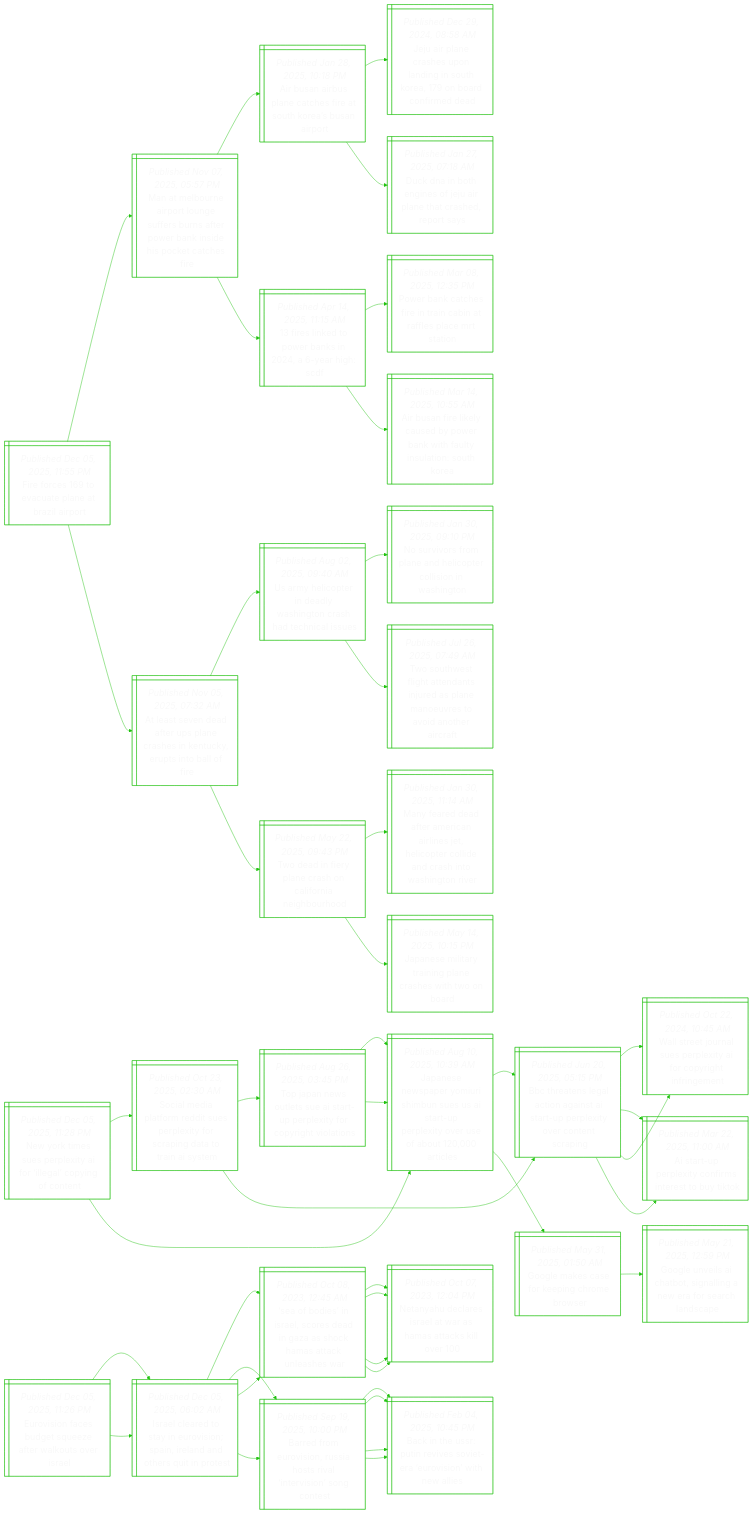
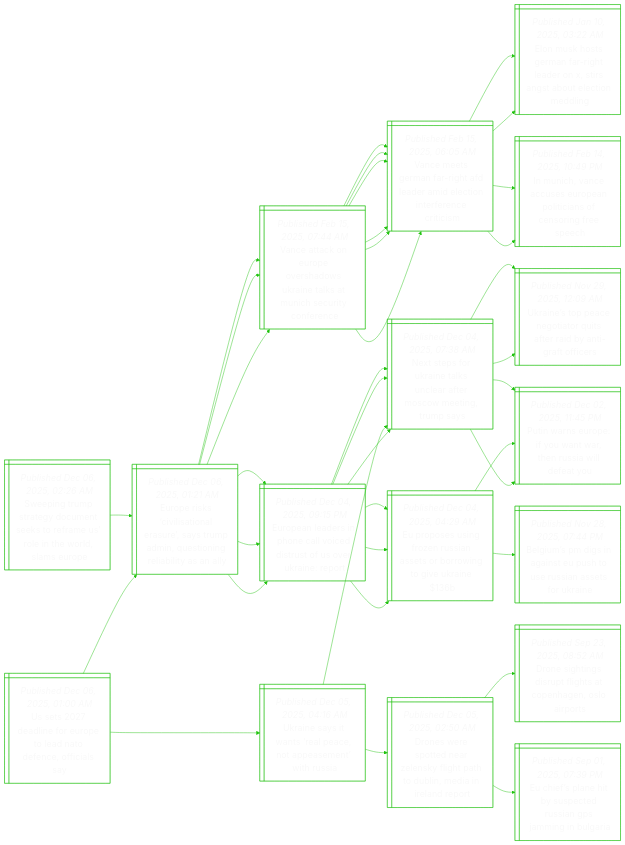
One commit to notJmes/notJmes changed the diagram in README.md. Above: the diagram before and after it, drawn with Mermaid. The commit also changed other lines of this file, not shown here.

````diff
--- a/README.md
+++ b/README.md
@@ -16,139 +16,121 @@
 flowchart LR
 classDef txtsize font-size:20px;
 
-Fotcpazr@{ shape: win-pane, label: "_Published Dec 05, 2025, 11:55 PM_
-Fire forces 169 to evacuate plane at brazil airport" }
-MMuitgfufoasiktf@{ shape: win-pane, label: "_Published Nov 07, 2025, 05:57 PM_
-Man at melbourne airport lounge suffers burns after power bank inside his pocket catches fire" }
-Asrlasatesr@{ shape: win-pane, label: "_Published Jan 28, 2025, 10:18 PM_
-Air busan airbus plane catches fire at south korea’s busan airport" }
-Jinspniteooma@{ shape: win-pane, label: "_Published Dec 29, 2024, 08:58 AM_
-Jeju air plane crashes upon landing in south korea, 179 on board confirmed dead" }
-DNogoulhart@{ shape: win-pane, label: "_Published Jan 27, 2025, 07:18 AM_
-Duck dna in both engines of jeju air plane that crashed, report says" }
-fldwnahC@{ shape: win-pane, label: "_Published Apr 14, 2025, 11:15 AM_
-13 fires linked to power banks in 2024, a 6-year high: scdf" }
-Pbasiiiasetn@{ shape: win-pane, label: "_Published Mar 08, 2025, 12:35 PM_
-Power bank catches fire in train cabin at raffles place mrt station" }
-AsreuyrwaiaSK@{ shape: win-pane, label: "_Published Mar 14, 2025, 10:55 AM_
-Air busan fire likely caused by power bank with faulty insulation: south korea" }
-Asedrlrsnytooe@{ shape: win-pane, label: "_Published Nov 05, 2025, 07:32 AM_
-At least seven dead after ups plane crashes in kentucky, erupts into ball of fire" }
-Uycraagrahle@{ shape: win-pane, label: "_Published Aug 02, 2025, 09:40 AM_
-Us army helicopter in deadly washington crash had technical issues" }
-Nvspaltloag@{ shape: win-pane, label: "_Published Jan 30, 2025, 09:10 PM_
-No survivors from plane and helicopter collision in washington" }
-Tusgtnjanoevnrr@{ shape: win-pane, label: "_Published Jul 26, 2025, 07:49 AM_
-Two southwest flight attendants injured as plane manoeuvres to avoid another aircraft" }
-Tailrnfahh@{ shape: win-pane, label: "_Published May 22, 2025, 09:43 PM_
-Two dead in fiery plane crash on california neighbourhood" }
-Medfmaljltlaathoe@{ shape: win-pane, label: "_Published Jan 30, 2025, 11:14 AM_
-Many feared dead after american airlines jet, helicopter collide and crash into washington river" }
-Jelynlrstb@{ shape: win-pane, label: "_Published May 14, 2025, 10:15 PM_
-Japanese military training plane crashes with two on board" }
+Siurymeoarnolu@{ shape: win-pane, label: "_Published Dec 06, 2025, 02:26 AM_
+Sweeping trump strategy document seeks to reframe us’ role in the world, slams europe" }
+Eeslierspntniiay@{ shape: win-pane, label: "_Published Dec 06, 2025, 01:21 AM_
+Europe risks ‘civilisational erasure’, says trump admin, questioning reliability as an ally" }
+VakrvaUnkusinn@{ shape: win-pane, label: "_Published Feb 15, 2025, 07:44 AM_
+Vance attack on europe overshadows ukraine talks at munich security conference" }
+VmGnifdicifctm@{ shape: win-pane, label: "_Published Feb 15, 2025, 06:05 AM_
+Vance meets german far-right afd leader amid election interference criticism" }
+VmGnifdicifctm@{ shape: win-pane, label: "_Published Feb 15, 2025, 06:05 AM_
+Vance meets german far-right afd leader amid election interference criticism" }
+EeainletovrRt@{ shape: win-pane, label: "_Published Dec 04, 2025, 09:15 PM_
+European leaders in phone call voiced distrust of us over ukraine: report" }
+Ntoaanrrotra@{ shape: win-pane, label: "_Published Dec 04, 2025, 07:38 AM_
+Next steps for ukraine talks unclear after moscow meeting, trump says" }
+Epufnisrotei@{ shape: win-pane, label: "_Published Dec 04, 2025, 04:29 AM_
+Eu proposes using frozen russian assets or borrowing to give ukraine $136b" }
 
-Fotcpazr:::txtsize --> MMuitgfufoasiktf:::txtsize
-MMuitgfufoasiktf:::txtsize --> Asrlasatesr:::txtsize
-Asrlasatesr:::txtsize --> Jinspniteooma:::txtsize
-Asrlasatesr:::txtsize --> DNogoulhart:::txtsize
-MMuitgfufoasiktf:::txtsize --> fldwnahC:::txtsize
-fldwnahC:::txtsize --> Pbasiiiasetn:::txtsize
-fldwnahC:::txtsize --> AsreuyrwaiaSK:::txtsize
-Fotcpazr:::txtsize --> Asedrlrsnytooe:::txtsize
-Asedrlrsnytooe:::txtsize --> Uycraagrahle:::txtsize
-Uycraagrahle:::txtsize --> Nvspaltloag:::txtsize
-Uycraagrahle:::txtsize --> Tusgtnjanoevnrr:::txtsize
-Asedrlrsnytooe:::txtsize --> Tailrnfahh:::txtsize
-Tailrnfahh:::txtsize --> Medfmaljltlaathoe:::txtsize
-Tailrnfahh:::txtsize --> Jelynlrstb:::txtsize
+Siurymeoarnolu:::txtsize --> Eeslierspntniiay:::txtsize
+Eeslierspntniiay:::txtsize --> VakrvaUnkusinn:::txtsize
+VakrvaUnkusinn:::txtsize --> VmGnifdicifctm:::txtsize
+VakrvaUnkusinn:::txtsize --> VmGnifdicifctm:::txtsize
+Eeslierspntniiay:::txtsize --> EeainletovrRt:::txtsize
+EeainletovrRt:::txtsize --> Ntoaanrrotra:::txtsize
+EeainletovrRt:::txtsize --> Epufnisrotei:::txtsize
 
-Nreslyrgpot@{ shape: win-pane, label: "_Published Dec 05, 2025, 11:28 PM_
-New york times sues perplexity ai for ‘illegal’ copying of content" }
-Slafesexoadons@{ shape: win-pane, label: "_Published Oct 23, 2025, 02:30 AM_
-Social media platform reddit sues perplexity for scraping data to train ai system" }
-Tpwlutplyogoo@{ shape: win-pane, label: "_Published Aug 26, 2025, 03:45 PM_
-Top japan news outlets sue ai start-up perplexity for copyright violations" }
-JeweihnUtplyuaal@{ shape: win-pane, label: "_Published Aug 10, 2025, 10:39 AM_
-Japanese newspaper yomiuri shimbun sues us ai start-up perplexity over use of about 120,000 articles" }
-JeweihnUtplyuaal@{ shape: win-pane, label: "_Published Aug 10, 2025, 10:39 AM_
-Japanese newspaper yomiuri shimbun sues us ai start-up perplexity over use of about 120,000 articles" }
-BrnaiaArexvnsi@{ shape: win-pane, label: "_Published Jun 20, 2025, 05:15 PM_
-Bbc threatens legal action against ai start-up perplexity over content scraping" }
-WtJaslyrrinn@{ shape: win-pane, label: "_Published Oct 22, 2024, 10:45 AM_
-Wall street journal sues perplexity ai for copyright infringement" }
-ArexometTk@{ shape: win-pane, label: "_Published Mar 22, 2025, 11:00 AM_
-Ai start-up perplexity confirms interest to buy tiktok" }
-JeweihnUtplyuaal@{ shape: win-pane, label: "_Published Aug 10, 2025, 10:39 AM_
-Japanese newspaper yomiuri shimbun sues us ai start-up perplexity over use of about 120,000 articles" }
-BrnaiaArexvnsi@{ shape: win-pane, label: "_Published Jun 20, 2025, 05:15 PM_
-Bbc threatens legal action against ai start-up perplexity over content scraping" }
-WtJaslyrrinn@{ shape: win-pane, label: "_Published Oct 22, 2024, 10:45 AM_
-Wall street journal sues perplexity ai for copyright infringement" }
-ArexometTk@{ shape: win-pane, label: "_Published Mar 22, 2025, 11:00 AM_
-Ai start-up perplexity confirms interest to buy tiktok" }
-GesfeCes@{ shape: win-pane, label: "_Published May 31, 2025, 01:50 AM_
-Google makes case for keeping chrome browser" }
-Geiconnwornp@{ shape: win-pane, label: "_Published May 21, 2025, 12:59 PM_
-Google unveils ai chatbot, signalling a new era for search landscape" }
+Eeslierspntniiay@{ shape: win-pane, label: "_Published Dec 06, 2025, 01:21 AM_
+Europe risks ‘civilisational erasure’, says trump admin, questioning reliability as an ally" }
+VakrvaUnkusinn@{ shape: win-pane, label: "_Published Feb 15, 2025, 07:44 AM_
+Vance attack on europe overshadows ukraine talks at munich security conference" }
+VmGnifdicifctm@{ shape: win-pane, label: "_Published Feb 15, 2025, 06:05 AM_
+Vance meets german far-right afd leader amid election interference criticism" }
+EusrahdXsttten@{ shape: win-pane, label: "_Published Jan 10, 2025, 03:22 AM_
+Elon musk hosts german far-right leader on x, stirs angst about election meddling" }
+IincEelifofp@{ shape: win-pane, label: "_Published Feb 14, 2025, 10:49 PM_
+In munich, vance accuses european politicians of censoring free speech" }
+VmGnifdicifctm@{ shape: win-pane, label: "_Published Feb 15, 2025, 06:05 AM_
+Vance meets german far-right afd leader amid election interference criticism" }
+EusrahdXsttten@{ shape: win-pane, label: "_Published Jan 10, 2025, 03:22 AM_
+Elon musk hosts german far-right leader on x, stirs angst about election meddling" }
+IincEelifofp@{ shape: win-pane, label: "_Published Feb 14, 2025, 10:49 PM_
+In munich, vance accuses european politicians of censoring free speech" }
+EeainletovrRt@{ shape: win-pane, label: "_Published Dec 04, 2025, 09:15 PM_
+European leaders in phone call voiced distrust of us over ukraine: report" }
+Ntoaanrrotra@{ shape: win-pane, label: "_Published Dec 04, 2025, 07:38 AM_
+Next steps for ukraine talks unclear after moscow meeting, trump says" }
+Unpetrsrbitc@{ shape: win-pane, label: "_Published Nov 29, 2025, 12:09 AM_
+Ukraine’s top peace negotiator quits after raid by anti-graft officers" }
+PwEeuwesleu@{ shape: win-pane, label: "_Published Dec 02, 2025, 11:45 PM_
+Putin warns europe: if you want war, then russia will defeat you" }
+Epufnisrotei@{ shape: win-pane, label: "_Published Dec 04, 2025, 04:29 AM_
+Eu proposes using frozen russian assets or borrowing to give ukraine $136b" }
+BudnnpountUn@{ shape: win-pane, label: "_Published Nov 28, 2025, 07:44 PM_
+Belgium’s pm digs in against eu push to use russian assets for ukraine" }
+PwEeuwesleu@{ shape: win-pane, label: "_Published Dec 02, 2025, 11:45 PM_
+Putin warns europe: if you want war, then russia will defeat you" }
 
-Nreslyrgpot:::txtsize --> Slafesexoadons:::txtsize
-Slafesexoadons:::txtsize --> Tpwlutplyogoo:::txtsize
-Tpwlutplyogoo:::txtsize --> JeweihnUtplyuaal:::txtsize
-Tpwlutplyogoo:::txtsize --> JeweihnUtplyuaal:::txtsize
-Slafesexoadons:::txtsize --> BrnaiaArexvnsi:::txtsize
-BrnaiaArexvnsi:::txtsize --> WtJaslyrrinn:::txtsize
-BrnaiaArexvnsi:::txtsize --> ArexometTk:::txtsize
-Nreslyrgpot:::txtsize --> JeweihnUtplyuaal:::txtsize
-JeweihnUtplyuaal:::txtsize --> BrnaiaArexvnsi:::txtsize
-BrnaiaArexvnsi:::txtsize --> WtJaslyrrinn:::txtsize
-BrnaiaArexvnsi:::txtsize --> ArexometTk:::txtsize
-JeweihnUtplyuaal:::txtsize --> GesfeCes:::txtsize
-GesfeCes:::txtsize --> Geiconnwornp:::txtsize
+Eeslierspntniiay:::txtsize --> VakrvaUnkusinn:::txtsize
+VakrvaUnkusinn:::txtsize --> VmGnifdicifctm:::txtsize
+VmGnifdicifctm:::txtsize --> EusrahdXsttten:::txtsize
+VmGnifdicifctm:::txtsize --> IincEelifofp:::txtsize
+VakrvaUnkusinn:::txtsize --> VmGnifdicifctm:::txtsize
+VmGnifdicifctm:::txtsize --> EusrahdXsttten:::txtsize
+VmGnifdicifctm:::txtsize --> IincEelifofp:::txtsize
+Eeslierspntniiay:::txtsize --> EeainletovrRt:::txtsize
+EeainletovrRt:::txtsize --> Ntoaanrrotra:::txtsize
+Ntoaanrrotra:::txtsize --> Unpetrsrbitc:::txtsize
+Ntoaanrrotra:::txtsize --> PwEeuwesleu:::txtsize
+EeainletovrRt:::txtsize --> Epufnisrotei:::txtsize
+Epufnisrotei:::txtsize --> BudnnpountUn:::txtsize
+Epufnisrotei:::txtsize --> PwEeuwesleu:::txtsize
 
-EifbtetlsIl@{ shape: win-pane, label: "_Published Dec 05, 2025, 11:26 PM_
-Eurovision faces budget squeeze after walkouts over israel" }
-Ilrsnvnnadrto@{ shape: win-pane, label: "_Published Dec 05, 2025, 06:02 AM_
-Israel cleared to stay in eurovision; spain, ireland and others quit in protest" }
-Sbsrcdnacaale@{ shape: win-pane, label: "_Published Oct 08, 2023, 12:45 AM_
-‘sea of bodies’ in israel, scores dead in gaza as shock hamas attack unleashes war" }
-NyeeawHakl@{ shape: win-pane, label: "_Published Oct 07, 2023, 12:04 PM_
-Netanyahu declares israel at war as hamas attacks kill over 100" }
-NyeeawHakl@{ shape: win-pane, label: "_Published Oct 07, 2023, 12:04 PM_
-Netanyahu declares israel at war as hamas attacks kill over 100" }
-BdEiRaslroge@{ shape: win-pane, label: "_Published Sep 19, 2025, 10:00 PM_
-Barred from eurovision, russia hosts rival ‘intervision’ song contest" }
-BnStvStusiwe@{ shape: win-pane, label: "_Published Feb 04, 2025, 10:45 PM_
-Back in the ussr: putin revives soviet-era ‘eurovision’ with new allies" }
-BnStvStusiwe@{ shape: win-pane, label: "_Published Feb 04, 2025, 10:45 PM_
-Back in the ussr: putin revives soviet-era ‘eurovision’ with new allies" }
-Ilrsnvnnadrto@{ shape: win-pane, label: "_Published Dec 05, 2025, 06:02 AM_
-Israel cleared to stay in eurovision; spain, ireland and others quit in protest" }
-Sbsrcdnacaale@{ shape: win-pane, label: "_Published Oct 08, 2023, 12:45 AM_
-‘sea of bodies’ in israel, scores dead in gaza as shock hamas attack unleashes war" }
-NyeeawHakl@{ shape: win-pane, label: "_Published Oct 07, 2023, 12:04 PM_
-Netanyahu declares israel at war as hamas attacks kill over 100" }
-NyeeawHakl@{ shape: win-pane, label: "_Published Oct 07, 2023, 12:04 PM_
-Netanyahu declares israel at war as hamas attacks kill over 100" }
-BdEiRaslroge@{ shape: win-pane, label: "_Published Sep 19, 2025, 10:00 PM_
-Barred from eurovision, russia hosts rival ‘intervision’ song contest" }
-BnStvStusiwe@{ shape: win-pane, label: "_Published Feb 04, 2025, 10:45 PM_
-Back in the ussr: putin revives soviet-era ‘eurovision’ with new allies" }
-BnStvStusiwe@{ shape: win-pane, label: "_Published Feb 04, 2025, 10:45 PM_
-Back in the ussr: putin revives soviet-era ‘eurovision’ with new allies" }
+UsloolAfoia@{ shape: win-pane, label: "_Published Dec 06, 2025, 01:00 AM_
+Us sets 2027 deadline for europe to lead nato defence, officials say" }
+UnsnacastRa@{ shape: win-pane, label: "_Published Dec 05, 2025, 04:16 AM_
+Ukraine says it wants ‘real peace, not appeasement’ with russia" }
+Ntoaanrrotra@{ shape: win-pane, label: "_Published Dec 04, 2025, 07:38 AM_
+Next steps for ukraine talks unclear after moscow meeting, trump says" }
+Unpetrsrbitc@{ shape: win-pane, label: "_Published Nov 29, 2025, 12:09 AM_
+Ukraine’s top peace negotiator quits after raid by anti-graft officers" }
+PwEeuwesleu@{ shape: win-pane, label: "_Published Dec 02, 2025, 11:45 PM_
+Putin warns europe: if you want war, then russia will defeat you" }
+Dssernlpoiirdr@{ shape: win-pane, label: "_Published Dec 05, 2025, 02:50 AM_
+Drones were spotted near zelensky flight path to dublin, media in ireland report" }
+DsiithChOit@{ shape: win-pane, label: "_Published Sep 23, 2025, 08:52 AM_
+Drone sightings disrupt flights at copenhagen, oslo airports" }
+EeatsesPmna@{ shape: win-pane, label: "_Published Sep 01, 2025, 07:39 PM_
+Eu chief’s plane hit by suspected russian gps jamming in bulgaria" }
+Eeslierspntniiay@{ shape: win-pane, label: "_Published Dec 06, 2025, 01:21 AM_
+Europe risks ‘civilisational erasure’, says trump admin, questioning reliability as an ally" }
+VakrvaUnkusinn@{ shape: win-pane, label: "_Published Feb 15, 2025, 07:44 AM_
+Vance attack on europe overshadows ukraine talks at munich security conference" }
+VmGnifdicifctm@{ shape: win-pane, label: "_Published Feb 15, 2025, 06:05 AM_
+Vance meets german far-right afd leader amid election interference criticism" }
+VmGnifdicifctm@{ shape: win-pane, label: "_Published Feb 15, 2025, 06:05 AM_
+Vance meets german far-right afd leader amid election interference criticism" }
+EeainletovrRt@{ shape: win-pane, label: "_Published Dec 04, 2025, 09:15 PM_
+European leaders in phone call voiced distrust of us over ukraine: report" }
+Ntoaanrrotra@{ shape: win-pane, label: "_Published Dec 04, 2025, 07:38 AM_
+Next steps for ukraine talks unclear after moscow meeting, trump says" }
+Epufnisrotei@{ shape: win-pane, label: "_Published Dec 04, 2025, 04:29 AM_
+Eu proposes using frozen russian assets or borrowing to give ukraine $136b" }
 
-EifbtetlsIl:::txtsize --> Ilrsnvnnadrto:::txtsize
-Ilrsnvnnadrto:::txtsize --> Sbsrcdnacaale:::txtsize
-Sbsrcdnacaale:::txtsize --> NyeeawHakl:::txtsize
-Sbsrcdnacaale:::txtsize --> NyeeawHakl:::txtsize
-Ilrsnvnnadrto:::txtsize --> BdEiRaslroge:::txtsize
-BdEiRaslroge:::txtsize --> BnStvStusiwe:::txtsize
-BdEiRaslroge:::txtsize --> BnStvStusiwe:::txtsize
-EifbtetlsIl:::txtsize --> Ilrsnvnnadrto:::txtsize
-Ilrsnvnnadrto:::txtsize --> Sbsrcdnacaale:::txtsize
-Sbsrcdnacaale:::txtsize --> NyeeawHakl:::txtsize
-Sbsrcdnacaale:::txtsize --> NyeeawHakl:::txtsize
-Ilrsnvnnadrto:::txtsize --> BdEiRaslroge:::txtsize
-BdEiRaslroge:::txtsize --> BnStvStusiwe:::txtsize
-BdEiRaslroge:::txtsize --> BnStvStusiwe:::txtsize
+UsloolAfoia:::txtsize --> UnsnacastRa:::txtsize
+UnsnacastRa:::txtsize --> Ntoaanrrotra:::txtsize
+Ntoaanrrotra:::txtsize --> Unpetrsrbitc:::txtsize
+Ntoaanrrotra:::txtsize --> PwEeuwesleu:::txtsize
+UnsnacastRa:::txtsize --> Dssernlpoiirdr:::txtsize
+Dssernlpoiirdr:::txtsize --> DsiithChOit:::txtsize
+Dssernlpoiirdr:::txtsize --> EeatsesPmna:::txtsize
+UsloolAfoia:::txtsize --> Eeslierspntniiay:::txtsize
+Eeslierspntniiay:::txtsize --> VakrvaUnkusinn:::txtsize
+VakrvaUnkusinn:::txtsize --> VmGnifdicifctm:::txtsize
+VakrvaUnkusinn:::txtsize --> VmGnifdicifctm:::txtsize
+Eeslierspntniiay:::txtsize --> EeainletovrRt:::txtsize
+EeainletovrRt:::txtsize --> Ntoaanrrotra:::txtsize
+EeainletovrRt:::txtsize --> Epufnisrotei:::txtsize
 
 ```
````
